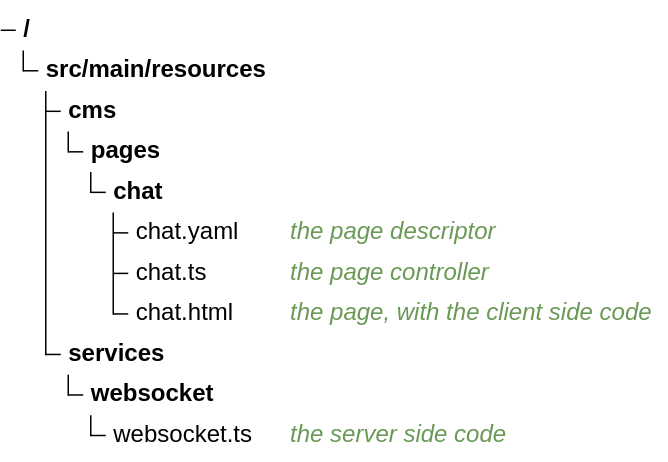
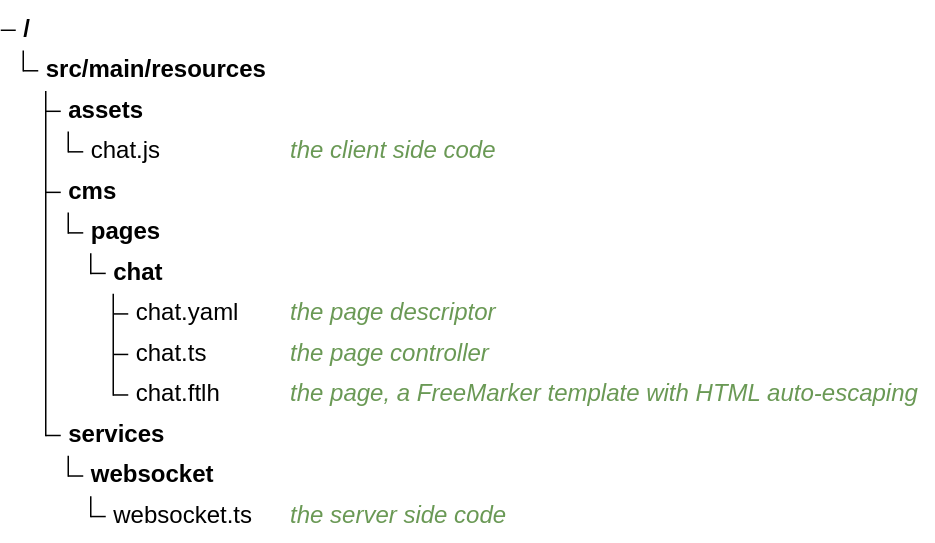
The diagram in docs/tutorial.md (ItemConsulting/lib-xp-wsutil), drawn with Mermaid before and after one commit. The commit also changed other lines of this file and 43 other files, not shown here.

````diff
--- a/docs/tutorial.md
+++ b/docs/tutorial.md
@@ -8,13 +8,15 @@
 ```mermaid
 treeView-beta
     src/main/resources/
+        assets/
+            chat.js ## the client side code
         cms/
             pages/
                 chat/
                     chat.yaml ## the page descriptor
                     chat.ts ## the page controller
-                    chat.html ## the page, with the client side code
+                    chat.ftlh ## the page, a FreeMarker template with HTML auto-escaping
         services/
             websocket/
                 websocket.ts ## the server side code
 ```
````
